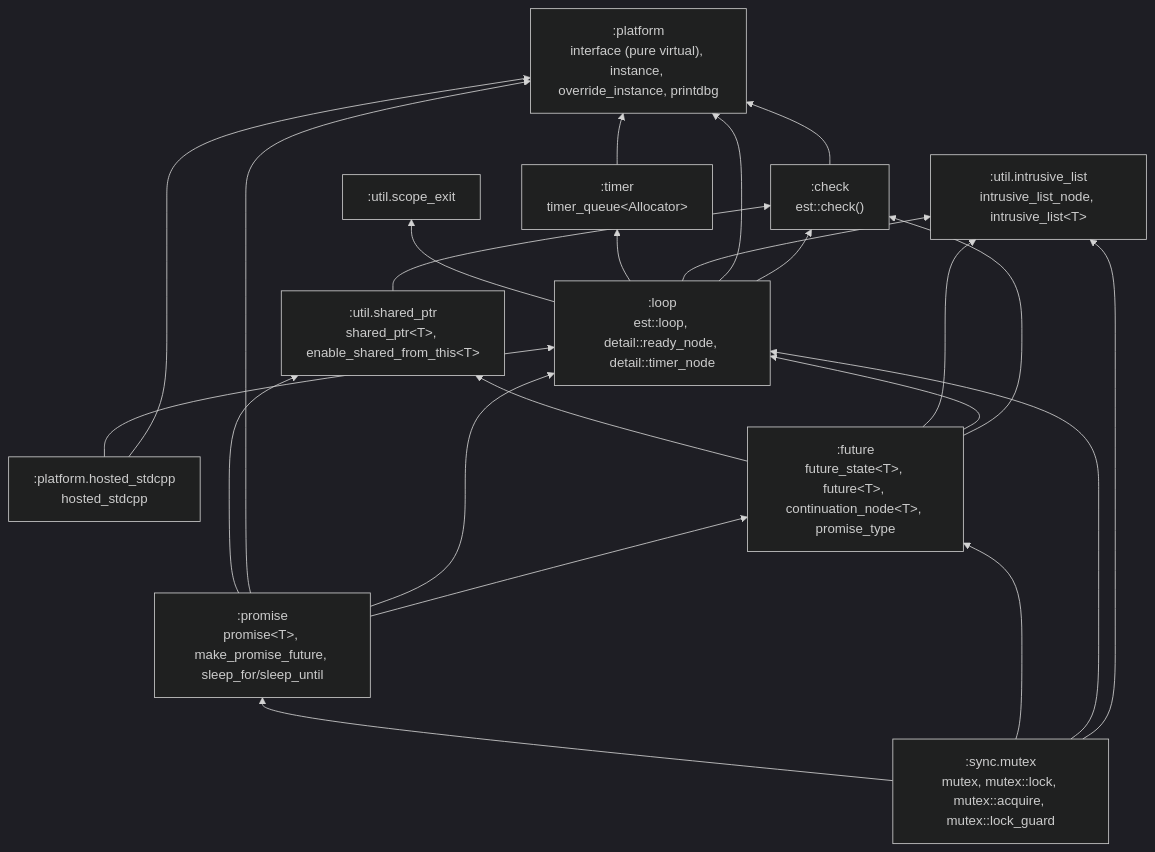
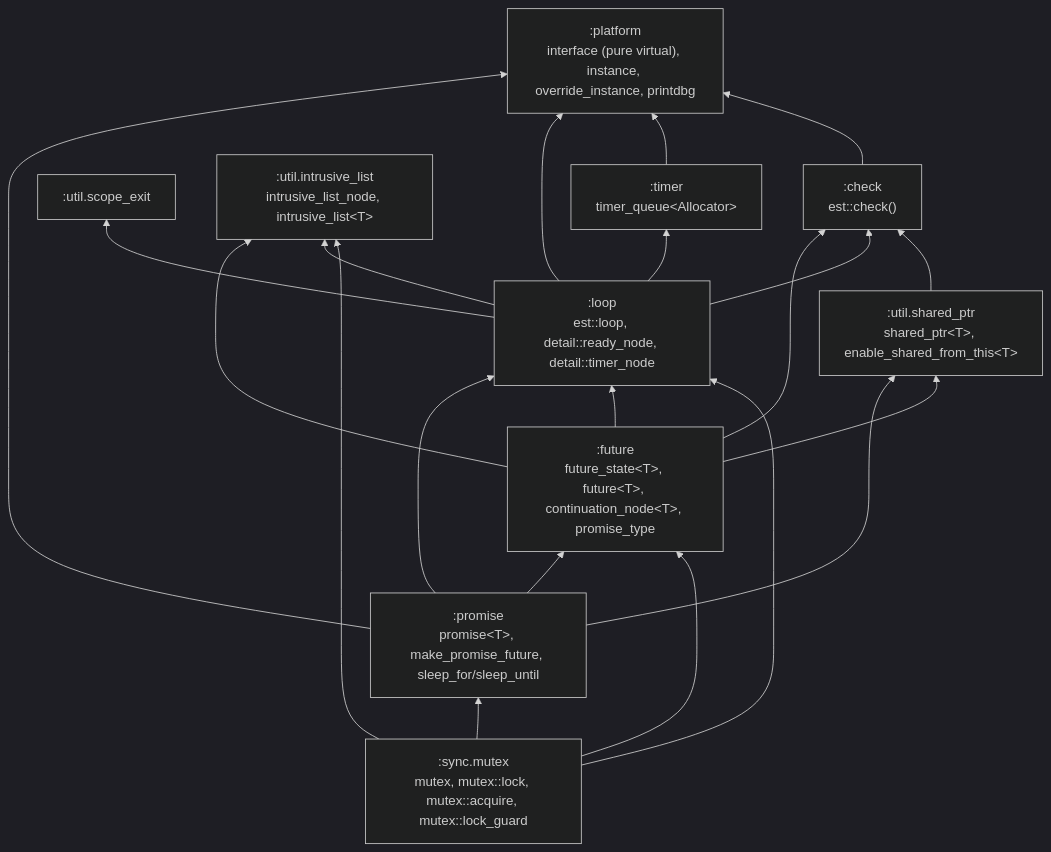
Before and after one commit to andijcr/async_experiments: the first of 2 diagrams in docs/wiki/Architecture.md, drawn with Mermaid (dark theme). The commit also changed other lines of this file and 14 other files, not shown here.

````diff
--- a/docs/wiki/Architecture.md
+++ b/docs/wiki/Architecture.md
@@ -10,37 +10,34 @@
 ```mermaid
 graph BT
   platform[":platform<br/>interface (pure virtual), instance, override_instance, printdbg"]
-  hosted_stdcpp[":platform.hosted_stdcpp<br/>hosted_stdcpp"]
   check[":check<br/>est::check()"]
   scope_exit[":util.scope_exit"]
   shared_ptr[":util.shared_ptr<br/>shared_ptr&lt;T&gt;, enable_shared_from_this&lt;T&gt;"]
   intrusive_list[":util.intrusive_list<br/>intrusive_list_node, intrusive_list&lt;T&gt;"]
   mutex[":sync.mutex<br/>mutex, mutex::lock, mutex::acquire, mutex::lock_guard"]
   timer[":timer<br/>timer_queue&lt;Allocator&gt;"]
   loop[":loop<br/>est::loop, detail::ready_node, detail::timer_node"]
   future[":future<br/>future_state&lt;T&gt;, future&lt;T&gt;, continuation_node&lt;T&gt;, promise_type"]
   promise[":promise<br/>promise&lt;T&gt;, make_promise_future, sleep_for/sleep_until"]
 
   check --> platform
   shared_ptr --> check
   mutex --> intrusive_list
   mutex --> loop
   mutex --> future
   mutex --> promise
   timer --> platform
   loop --> check
   loop --> platform
   loop --> intrusive_list
   loop --> timer
   loop --> scope_exit
   future --> check
   future --> loop
   future --> intrusive_list
   future --> shared_ptr
   promise --> future
   promise --> loop
   promise --> platform
   promise --> shared_ptr
-  hosted_stdcpp --> platform
-  hosted_stdcpp --> loop
 ```
````
